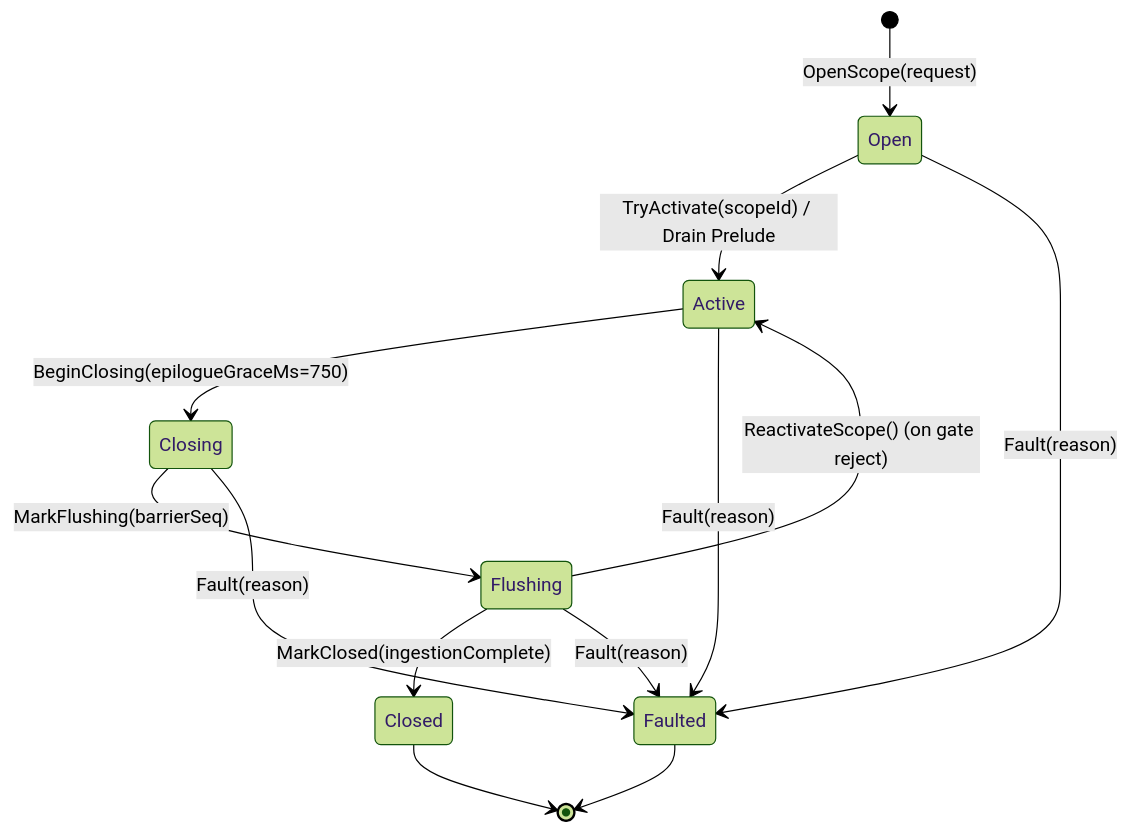
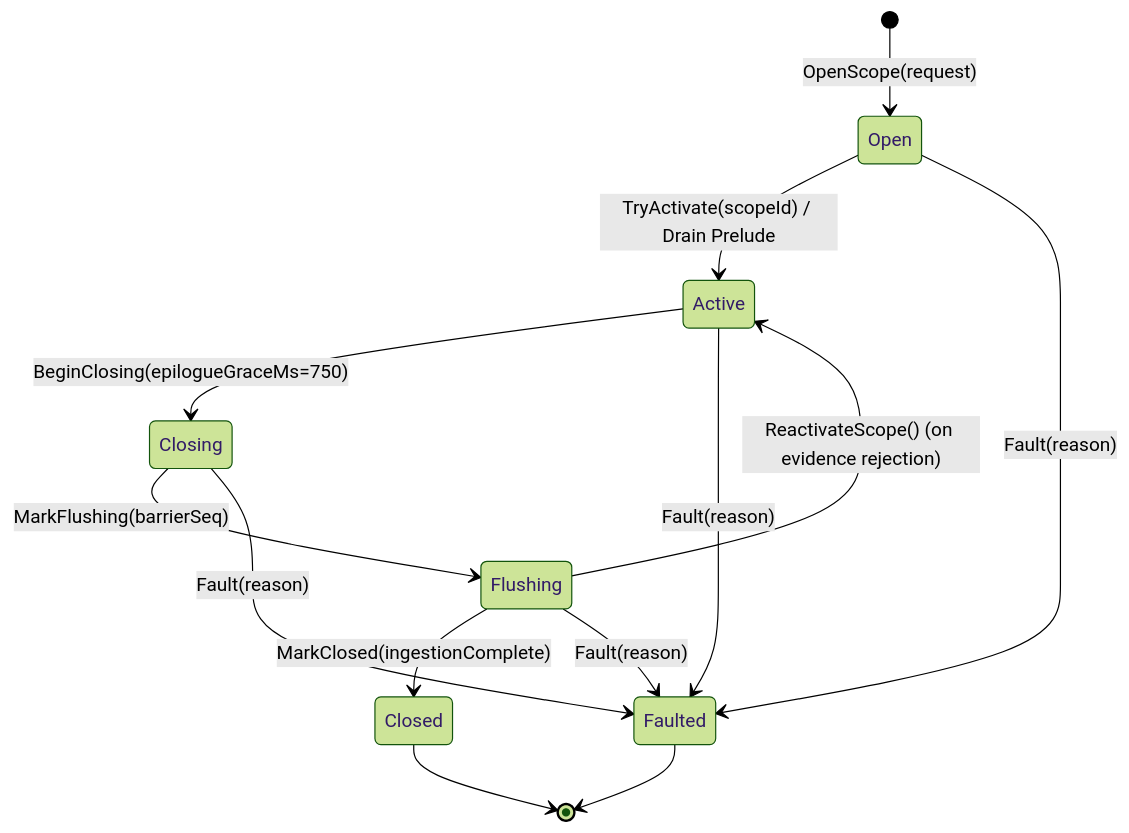
Before and after one commit to joelaniol/nova: the fifth of 10 diagrams in docs/core-features/tool-observation-bus-tob/README.md, drawn with Mermaid (forest theme). The commit also changed other lines of this file and 20 other files, not shown here.

````diff
--- a/docs/core-features/tool-observation-bus-tob/README.md
+++ b/docs/core-features/tool-observation-bus-tob/README.md
@@ -215,15 +254,15 @@
 ```mermaid
 stateDiagram-v2
     [*] --> Open: OpenScope(request)
     Open --> Active: TryActivate(scopeId) / Drain Prelude
     Active --> Closing: BeginClosing(epilogueGraceMs=750)
     Closing --> Flushing: MarkFlushing(barrierSeq)
     Flushing --> Closed: MarkClosed(ingestionComplete)
-    Flushing --> Active: ReactivateScope() (on gate reject)
+    Flushing --> Active: ReactivateScope() (on evidence rejection)
     Open --> Faulted: Fault(reason)
     Active --> Faulted: Fault(reason)
     Closing --> Faulted: Fault(reason)
     Flushing --> Faulted: Fault(reason)
     Closed --> [*]
     Faulted --> [*]
 ```
````
